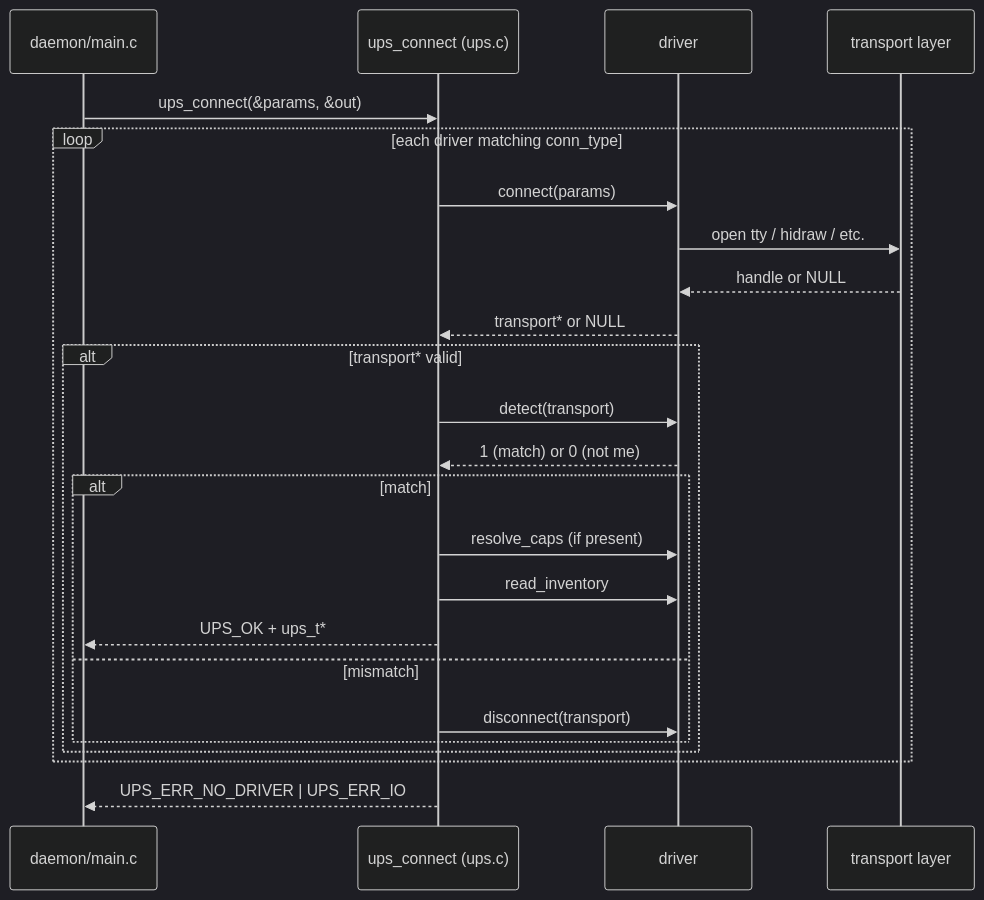
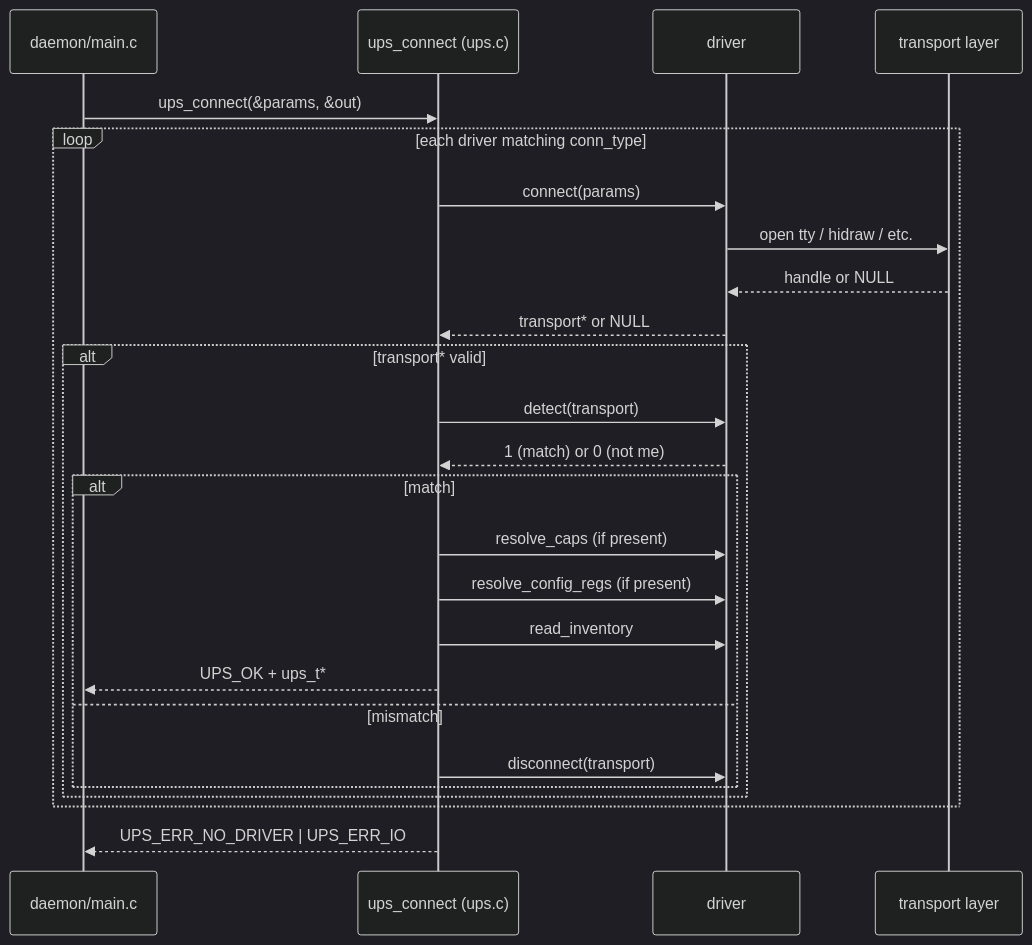
One commit to vifair22/airies-ups-c changed the second of 4 diagrams in driver-api.md. Above: the diagram before and after it, drawn with Mermaid (dark theme). The commit also changed other lines of this file and 10 other files, not shown here.

````diff
--- a/driver-api.md
+++ b/driver-api.md
@@ -83,27 +84,28 @@
 ```mermaid
 sequenceDiagram
     participant D as daemon/main.c
     participant R as ups_connect (ups.c)
     participant Drv as driver
     participant Tx as transport layer
 
     D->>R: ups_connect(&params, &out)
     loop each driver matching conn_type
         R->>Drv: connect(params)
         Drv->>Tx: open tty / hidraw / etc.
         Tx-->>Drv: handle or NULL
         Drv-->>R: transport* or NULL
         alt transport* valid
             R->>Drv: detect(transport)
             Drv-->>R: 1 (match) or 0 (not me)
             alt match
                 R->>Drv: resolve_caps (if present)
+                R->>Drv: resolve_config_regs (if present)
                 R->>Drv: read_inventory
                 R-->>D: UPS_OK + ups_t*
             else mismatch
                 R->>Drv: disconnect(transport)
             end
         end
     end
     R-->>D: UPS_ERR_NO_DRIVER | UPS_ERR_IO
 ```
````
